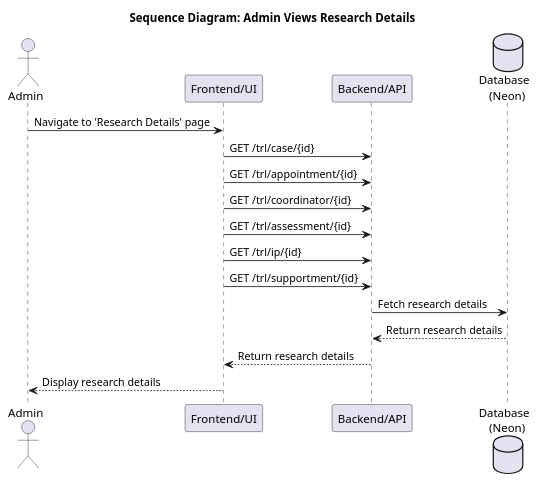
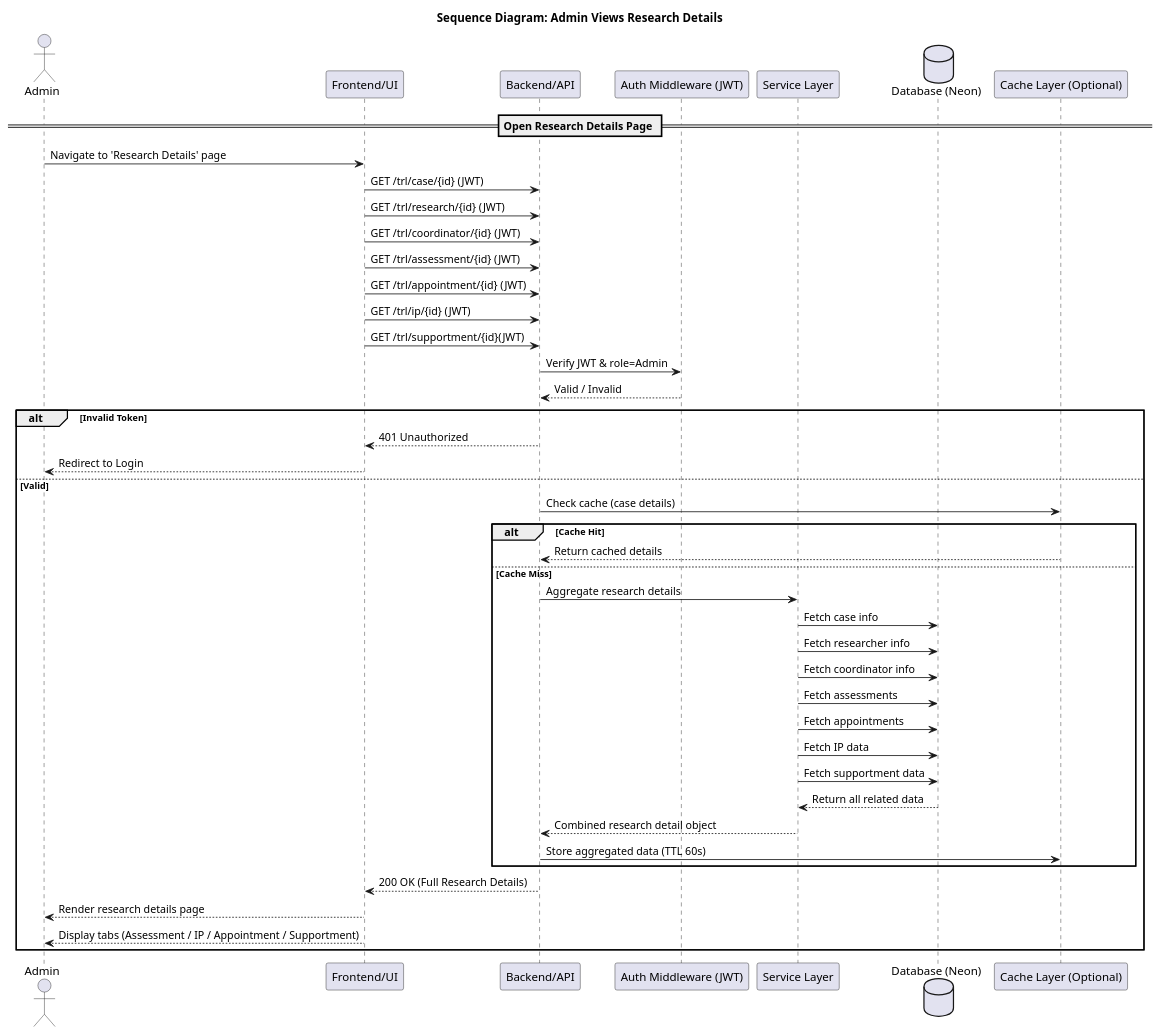
The diagram in sequence diagram/admin/admin_view_research_details.puml (punyanuch-h/trl-research-frontend), drawn with PlantUML before and after one commit. The commit also changed 30 other files, not shown here.

First line of the commit message:
Fix/sq diagram (#95)

```diff
--- a/sequence diagram/admin/admin_view_research_details.puml
+++ b/sequence diagram/admin/admin_view_research_details.puml
@@ -1,21 +1,54 @@
 @startuml
 title Sequence Diagram: Admin Views Research Details
 
 actor Admin
 participant "Frontend/UI" as UI
 participant "Backend/API" as API
-database "Database \n (Neon)" as DB
+participant "Auth Middleware (JWT)" as AUTH
+participant "Service Layer" as SERVICE
+database "Database (Neon)" as DB
+participant "Cache Layer (Optional)" as CACHE
 
+== Open Research Details Page ==
 Admin -> UI: Navigate to 'Research Details' page
-UI -> API: GET /trl/case/{id}
-UI -> API: GET /trl/appointment/{id}
-UI -> API: GET /trl/coordinator/{id}
-UI -> API: GET /trl/assessment/{id}
-UI -> API: GET /trl/ip/{id}
-UI -> API: GET /trl/supportment/{id}
-API -> DB: Fetch research details
-DB --> API: Return research details
-API --> UI: Return research details
-UI --> Admin: Display research details
+
+UI -> API: GET /trl/case/{id} (JWT)
+UI -> API: GET /trl/research/{id} (JWT)
+UI -> API: GET /trl/coordinator/{id} (JWT)
+UI -> API: GET /trl/assessment/{id} (JWT)
+UI -> API: GET /trl/appointment/{id} (JWT)
+UI -> API: GET /trl/ip/{id} (JWT)
+UI -> API: GET /trl/supportment/{id}(JWT)
+
+API -> AUTH: Verify JWT & role=Admin
+AUTH --> API: Valid / Invalid
+
+alt Invalid Token
+    API --> UI: 401 Unauthorized
+    UI --> Admin: Redirect to Login
+else Valid
+    API -> CACHE: Check cache (case details)
+    alt Cache Hit
+        CACHE --> API: Return cached details
+    else Cache Miss
+        API -> SERVICE: Aggregate research details
+
+        SERVICE -> DB: Fetch case info
+        SERVICE -> DB: Fetch researcher info
+        SERVICE -> DB: Fetch coordinator info
+        SERVICE -> DB: Fetch assessments
+        SERVICE -> DB: Fetch appointments
+        SERVICE -> DB: Fetch IP data
+        SERVICE -> DB: Fetch supportment data
+
+        DB --> SERVICE: Return all related data
+        SERVICE --> API: Combined research detail object
+        API -> CACHE: Store aggregated data (TTL 60s)
+    end
+
+    API --> UI: 200 OK (Full Research Details)
+    UI --> Admin: Render research details page
+    UI --> Admin: Display tabs (Assessment / IP / Appointment / Supportment)
+end
 
 @enduml
```
